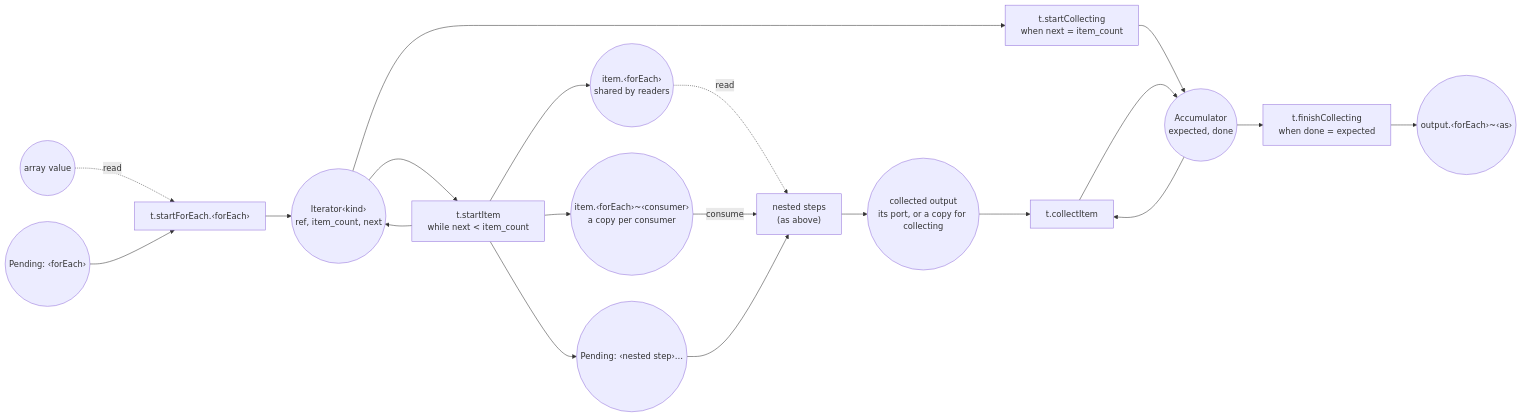
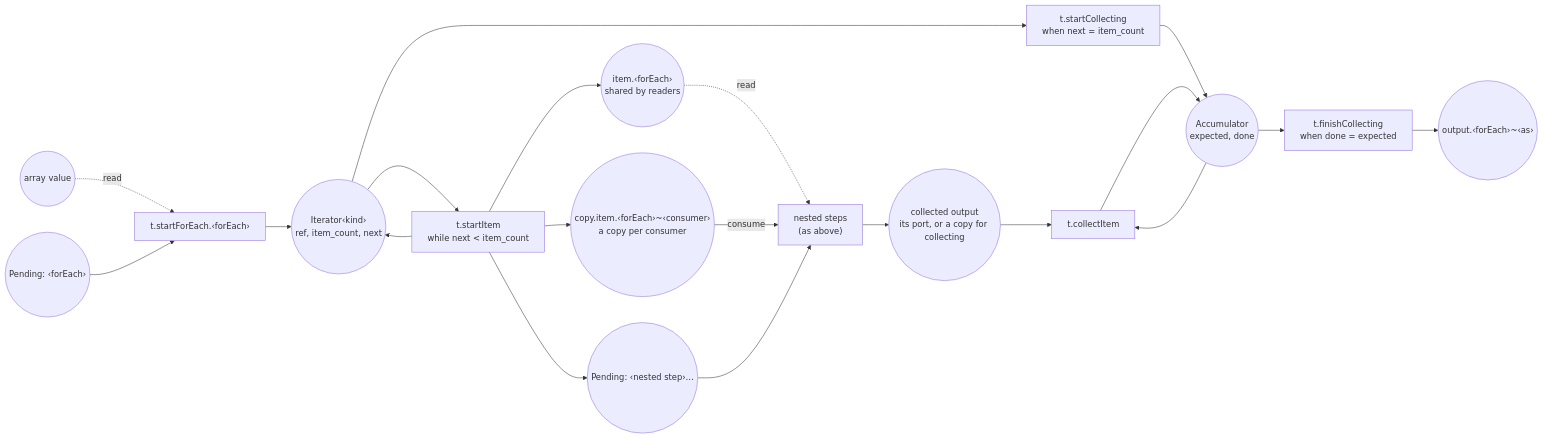
One commit to hashintel/hash changed the third of 3 diagrams in libs/@local/flow-petri-net/README.md. Above: the diagram before and after it, drawn with Mermaid. The commit also changed other lines of this file and 2 other files, not shown here.

Commit message:
Give copies a key namespace of their own, so no flow input's name can make a copy's key another value's

````diff
--- a/libs/@local/flow-petri-net/README.md
+++ b/libs/@local/flow-petri-net/README.md
@@ -89,22 +89,22 @@
 ```mermaid
 flowchart LR
   arrayPlace(("array value")) -. read .-> startForEach["t.startForEach.‹forEach›"]
   forEachPending(("Pending: ‹forEach›")) --> startForEach
   startForEach --> iterator(("Iterator‹kind›<br/>ref, item_count, next"))
   iterator --> startItem["t.startItem<br/>while next #lt; item_count"]
   startItem --> iterator
   startItem --> item(("item.‹forEach›<br/>shared by readers"))
-  startItem --> itemCopies(("item.‹forEach›~‹consumer›<br/>a copy per consumer"))
+  startItem --> itemCopies(("copy.item.‹forEach›~‹consumer›<br/>a copy per consumer"))
   startItem --> nestedPending(("Pending: ‹nested step›…"))
   iterator --> startCollecting["t.startCollecting<br/>when next = item_count"]
   startCollecting --> accumulator(("Accumulator<br/>expected, done"))
   item -. read .-> nested["nested steps<br/>(as above)"]
   itemCopies -- consume --> nested
   nestedPending --> nested
   nested --> collected(("collected output<br/>its port, or a copy for collecting"))
   collected --> collectItem["t.collectItem"]
   accumulator --> collectItem
   collectItem --> accumulator
   accumulator --> finishCollecting["t.finishCollecting<br/>when done = expected"]
   finishCollecting --> forEachOutput(("output.‹forEach›~‹as›"))
 ```
````
